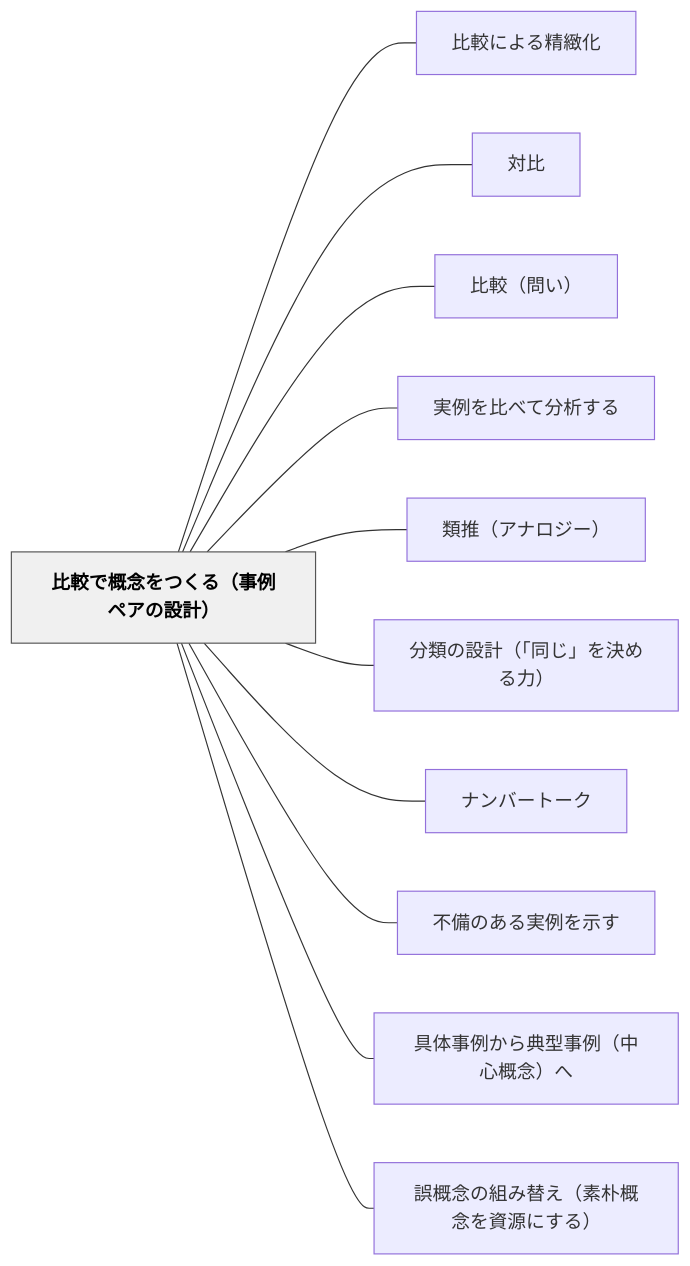
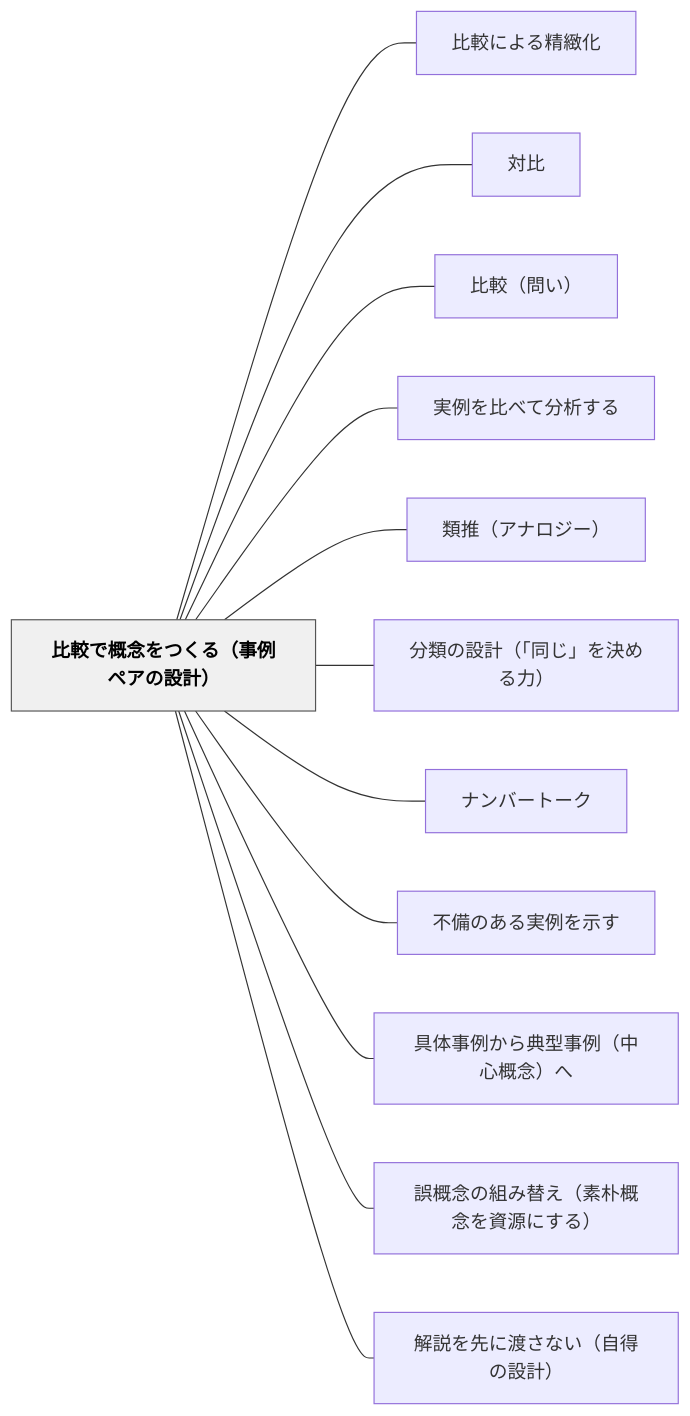
One commit to unknownthings-ed-patterns/unknownthings-ed-patterns changed the diagram in content/パタン/比較で概念をつくる（事例ペアの設計）.md. Above: the diagram before and after it, drawn with Mermaid. The commit also changed other lines of this file and 11 other files, not shown here.

````diff
--- a/content/パタン/比較で概念をつくる（事例ペアの設計）.md
+++ b/content/パタン/比較で概念をつくる（事例ペアの設計）.md
@@ -144,28 +145,30 @@
 ```mermaid
 flowchart LR
     ne6af94e8bc83e381a7e6a682e5bfb5e38292e381a4e3818fe3828befbc88e4ba8be4be8be3839ae382a2e381aee8a8ade8a888efbc89["比較で概念をつくる（事例ペアの設計）"]
     ne6af94e8bc83e381abe38288e3828be7b2bee7b7bbe58c96["比較による精緻化"]
     ne5afbee6af94["対比"]
     ne6af94e8bc83efbc88e5958fe38184efbc89["比較（問い）"]
     ne5ae9fe4be8be38292e6af94e381b9e381a6e58886e69e90e38199e3828b["実例を比べて分析する"]
     ne9a19ee68ea8efbc88e382a2e3838ae383ade382b8e383bcefbc89["類推（アナロジー）"]
     ne58886e9a19ee381aee8a8ade8a888efbc88e3808ce5908ce38198e3808de38292e6b1bae38281e3828be58a9befbc89["分類の設計（「同じ」を決める力）"]
     ne3838ae383b3e38390e383bce38388e383bce382af["ナンバートーク"]
     ne4b88de58299e381aee38182e3828be5ae9fe4be8be38292e7a4bae38199["不備のある実例を示す"]
     ne585b7e4bd93e4ba8be4be8be3818be38289e585b8e59e8be4ba8be4be8befbc88e4b8ade5bf83e6a682e5bfb5efbc89e381b8["具体事例から典型事例（中心概念）へ"]
     ne8aaa4e6a682e5bfb5e381aee7b584e381bfe69bbfe38188efbc88e7b4a0e69cb4e6a682e5bfb5e38292e8b387e6ba90e381abe38199e3828befbc89["誤概念の組み替え（素朴概念を資源にする）"]
+    ne8a7a3e8aaace38292e58588e381abe6b8a1e38195e381aae38184efbc88e887aae5be97e381aee8a8ade8a888efbc89["解説を先に渡さない（自得の設計）"]
 
     ne6af94e8bc83e381a7e6a682e5bfb5e38292e381a4e3818fe3828befbc88e4ba8be4be8be3839ae382a2e381aee8a8ade8a888efbc89 --- ne6af94e8bc83e381abe38288e3828be7b2bee7b7bbe58c96
     ne6af94e8bc83e381a7e6a682e5bfb5e38292e381a4e3818fe3828befbc88e4ba8be4be8be3839ae382a2e381aee8a8ade8a888efbc89 --- ne5afbee6af94
     ne6af94e8bc83e381a7e6a682e5bfb5e38292e381a4e3818fe3828befbc88e4ba8be4be8be3839ae382a2e381aee8a8ade8a888efbc89 --- ne6af94e8bc83efbc88e5958fe38184efbc89
     ne6af94e8bc83e381a7e6a682e5bfb5e38292e381a4e3818fe3828befbc88e4ba8be4be8be3839ae382a2e381aee8a8ade8a888efbc89 --- ne5ae9fe4be8be38292e6af94e381b9e381a6e58886e69e90e38199e3828b
     ne6af94e8bc83e381a7e6a682e5bfb5e38292e381a4e3818fe3828befbc88e4ba8be4be8be3839ae382a2e381aee8a8ade8a888efbc89 --- ne9a19ee68ea8efbc88e382a2e3838ae383ade382b8e383bcefbc89
     ne6af94e8bc83e381a7e6a682e5bfb5e38292e381a4e3818fe3828befbc88e4ba8be4be8be3839ae382a2e381aee8a8ade8a888efbc89 --- ne58886e9a19ee381aee8a8ade8a888efbc88e3808ce5908ce38198e3808de38292e6b1bae38281e3828be58a9befbc89
     ne6af94e8bc83e381a7e6a682e5bfb5e38292e381a4e3818fe3828befbc88e4ba8be4be8be3839ae382a2e381aee8a8ade8a888efbc89 --- ne3838ae383b3e38390e383bce38388e383bce382af
     ne6af94e8bc83e381a7e6a682e5bfb5e38292e381a4e3818fe3828befbc88e4ba8be4be8be3839ae382a2e381aee8a8ade8a888efbc89 --- ne4b88de58299e381aee38182e3828be5ae9fe4be8be38292e7a4bae38199
     ne6af94e8bc83e381a7e6a682e5bfb5e38292e381a4e3818fe3828befbc88e4ba8be4be8be3839ae382a2e381aee8a8ade8a888efbc89 --- ne585b7e4bd93e4ba8be4be8be3818be38289e585b8e59e8be4ba8be4be8befbc88e4b8ade5bf83e6a682e5bfb5efbc89e381b8
     ne6af94e8bc83e381a7e6a682e5bfb5e38292e381a4e3818fe3828befbc88e4ba8be4be8be3839ae382a2e381aee8a8ade8a888efbc89 --- ne8aaa4e6a682e5bfb5e381aee7b584e381bfe69bbfe38188efbc88e7b4a0e69cb4e6a682e5bfb5e38292e8b387e6ba90e381abe38199e3828befbc89
+    ne6af94e8bc83e381a7e6a682e5bfb5e38292e381a4e3818fe3828befbc88e4ba8be4be8be3839ae382a2e381aee8a8ade8a888efbc89 --- ne8a7a3e8aaace38292e58588e381abe6b8a1e38195e381aae38184efbc88e887aae5be97e381aee8a8ade8a888efbc89
 
     classDef hub fill:#f0f0f0,stroke:#555,color:#000,font-weight:bold
     class ne6af94e8bc83e381a7e6a682e5bfb5e38292e381a4e3818fe3828befbc88e4ba8be4be8be3839ae382a2e381aee8a8ade8a888efbc89 hub
 ```
````
